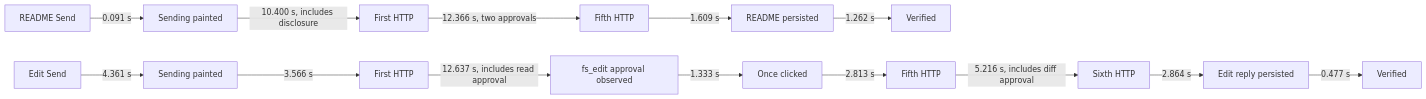
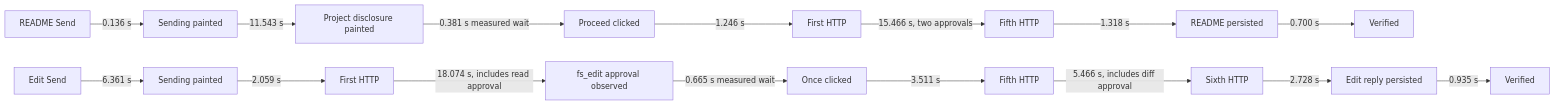
One commit to rmusser01/tldw_chatbook changed the first of 10 diagrams in Docs/Development/task-40608-recovery/windows-journey-timings.md. Above: the diagram before and after it, drawn with Mermaid. The commit also changed other lines of this file and 1 other file, not shown here.

Commit message:
Preserve the third Windows baseline and failed edit Send evidence

````diff
--- a/Docs/Development/task-40608-recovery/windows-journey-timings.md
+++ b/Docs/Development/task-40608-recovery/windows-journey-timings.md
@@ -9,16 +9,18 @@
 ```mermaid
 flowchart LR
-    RS["README Send"] -->|"0.091 s"| RF["Sending painted"]
-    RF -->|"10.400 s, includes disclosure"| RH["First HTTP"]
-    RH -->|"12.366 s, two approvals"| RL["Fifth HTTP"]
-    RL -->|"1.609 s"| RR["README persisted"]
-    RR -->|"1.262 s"| RV["Verified"]
-    ES["Edit Send"] -->|"4.361 s"| EF["Sending painted"]
-    EF -->|"3.566 s"| EH["First HTTP"]
-    EH -->|"12.637 s, includes read approval"| EA["fs_edit approval observed"]
-    EA -->|"1.333 s"| EC["Once clicked"]
-    EC -->|"2.813 s"| EN["Fifth HTTP"]
-    EN -->|"5.216 s, includes diff approval"| EL["Sixth HTTP"]
-    EL -->|"2.864 s"| ER["Edit reply persisted"]
-    ER -->|"0.477 s"| EV["Verified"]
+    RS["README Send"] -->|"0.136 s"| RF["Sending painted"]
+    RF -->|"11.543 s"| RD["Project disclosure painted"]
+    RD -->|"0.381 s measured wait"| RC["Proceed clicked"]
+    RC -->|"1.246 s"| RH["First HTTP"]
+    RH -->|"15.466 s, two approvals"| RL["Fifth HTTP"]
+    RL -->|"1.318 s"| RR["README persisted"]
+    RR -->|"0.700 s"| RV["Verified"]
+    ES["Edit Send"] -->|"6.361 s"| EF["Sending painted"]
+    EF -->|"2.059 s"| EH["First HTTP"]
+    EH -->|"18.074 s, includes read approval"| EA["fs_edit approval observed"]
+    EA -->|"0.665 s measured wait"| EC["Once clicked"]
+    EC -->|"3.511 s"| EN["Fifth HTTP"]
+    EN -->|"5.466 s, includes diff approval"| EL["Sixth HTTP"]
+    EL -->|"2.728 s"| ER["Edit reply persisted"]
+    ER -->|"0.935 s"| EV["Verified"]
 ```
````
